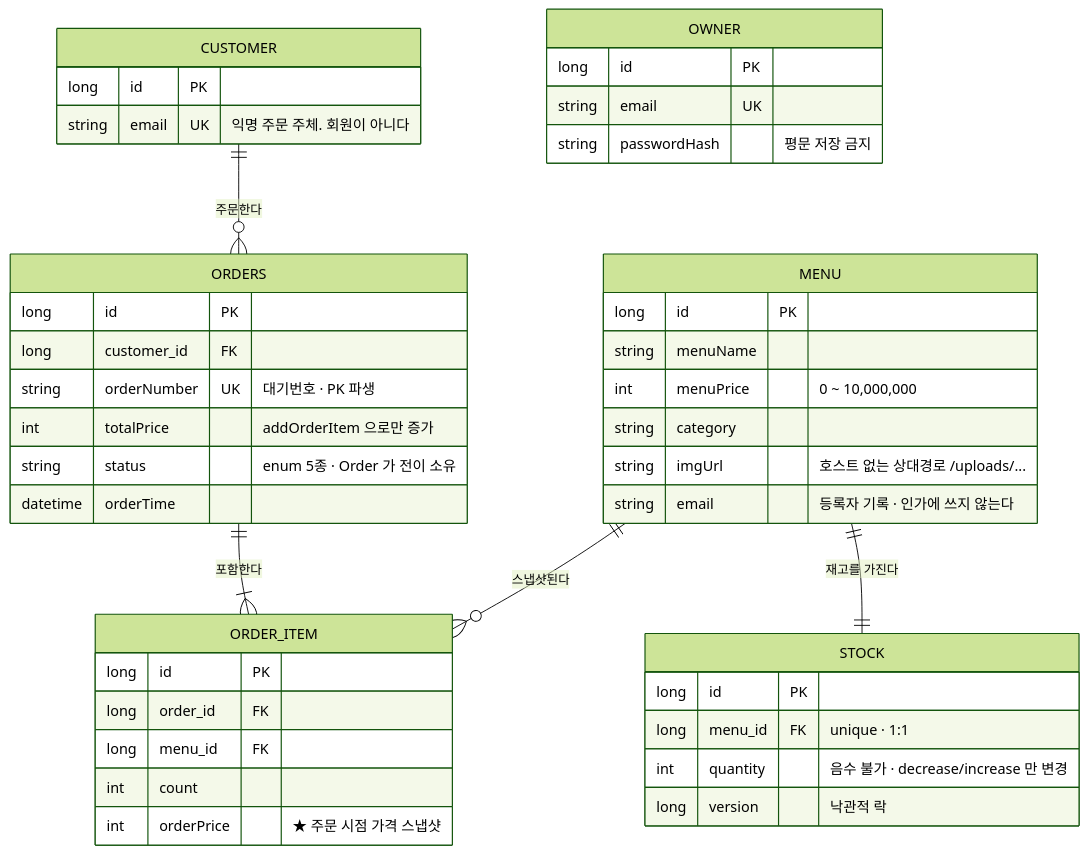
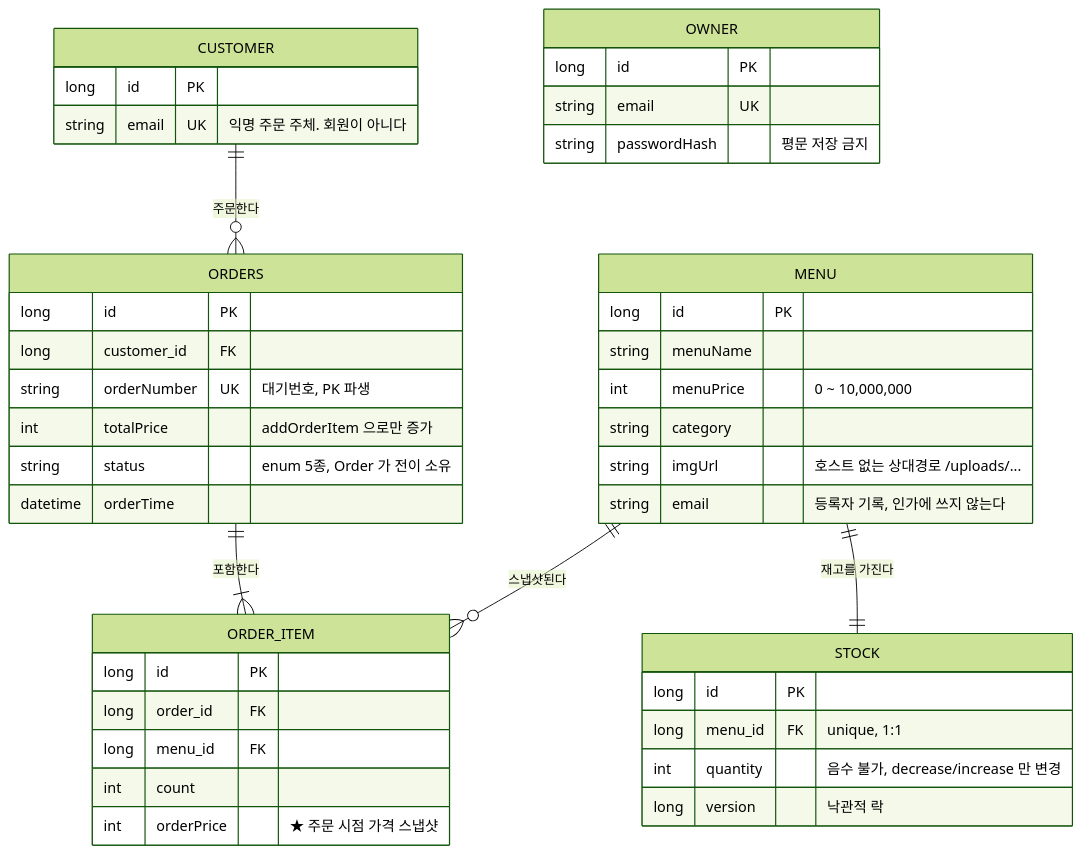
Before and after one commit to hhyukk/cafe-kiosk: the eighth of 8 diagrams in docs/design/architecture.md, drawn with Mermaid (forest theme). The commit also changed other lines of this file and 12 other files, not shown here.

````diff
--- a/docs/design/architecture.md
+++ b/docs/design/architecture.md
@@ -458,46 +458,46 @@
 ```mermaid
 erDiagram
     CUSTOMER ||--o{ ORDERS : "주문한다"
     ORDERS ||--|{ ORDER_ITEM : "포함한다"
     MENU ||--o{ ORDER_ITEM : "스냅샷된다"
     MENU ||--|| STOCK : "재고를 가진다"
 
     CUSTOMER {
         long id PK
         string email UK "익명 주문 주체. 회원이 아니다"
     }
     ORDERS {
         long id PK
         long customer_id FK
-        string orderNumber UK "대기번호 · PK 파생"
+        string orderNumber UK "대기번호, PK 파생"
         int totalPrice "addOrderItem 으로만 증가"
-        string status "enum 5종 · Order 가 전이 소유"
+        string status "enum 5종, Order 가 전이 소유"
         datetime orderTime
     }
     ORDER_ITEM {
         long id PK
         long order_id FK
         long menu_id FK
         int count
         int orderPrice "★ 주문 시점 가격 스냅샷"
     }
     MENU {
         long id PK
         string menuName
         int menuPrice "0 ~ 10,000,000"
         string category
         string imgUrl "호스트 없는 상대경로 /uploads/..."
-        string email "등록자 기록 · 인가에 쓰지 않는다"
+        string email "등록자 기록, 인가에 쓰지 않는다"
     }
     STOCK {
         long id PK
-        long menu_id FK "unique · 1:1"
-        int quantity "음수 불가 · decrease/increase 만 변경"
+        long menu_id FK "unique, 1:1"
+        int quantity "음수 불가, decrease/increase 만 변경"
         long version "낙관적 락"
     }
     OWNER {
         long id PK
         string email UK
         string passwordHash "평문 저장 금지"
     }
 ```
````
